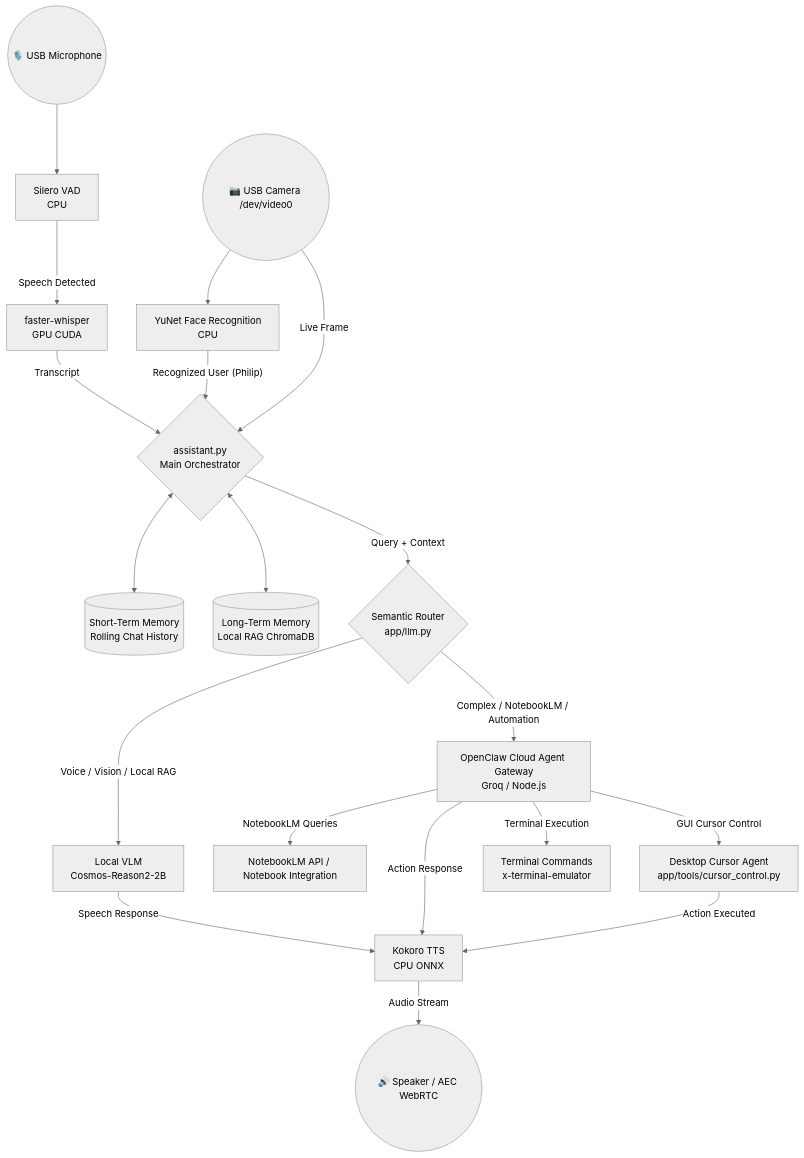
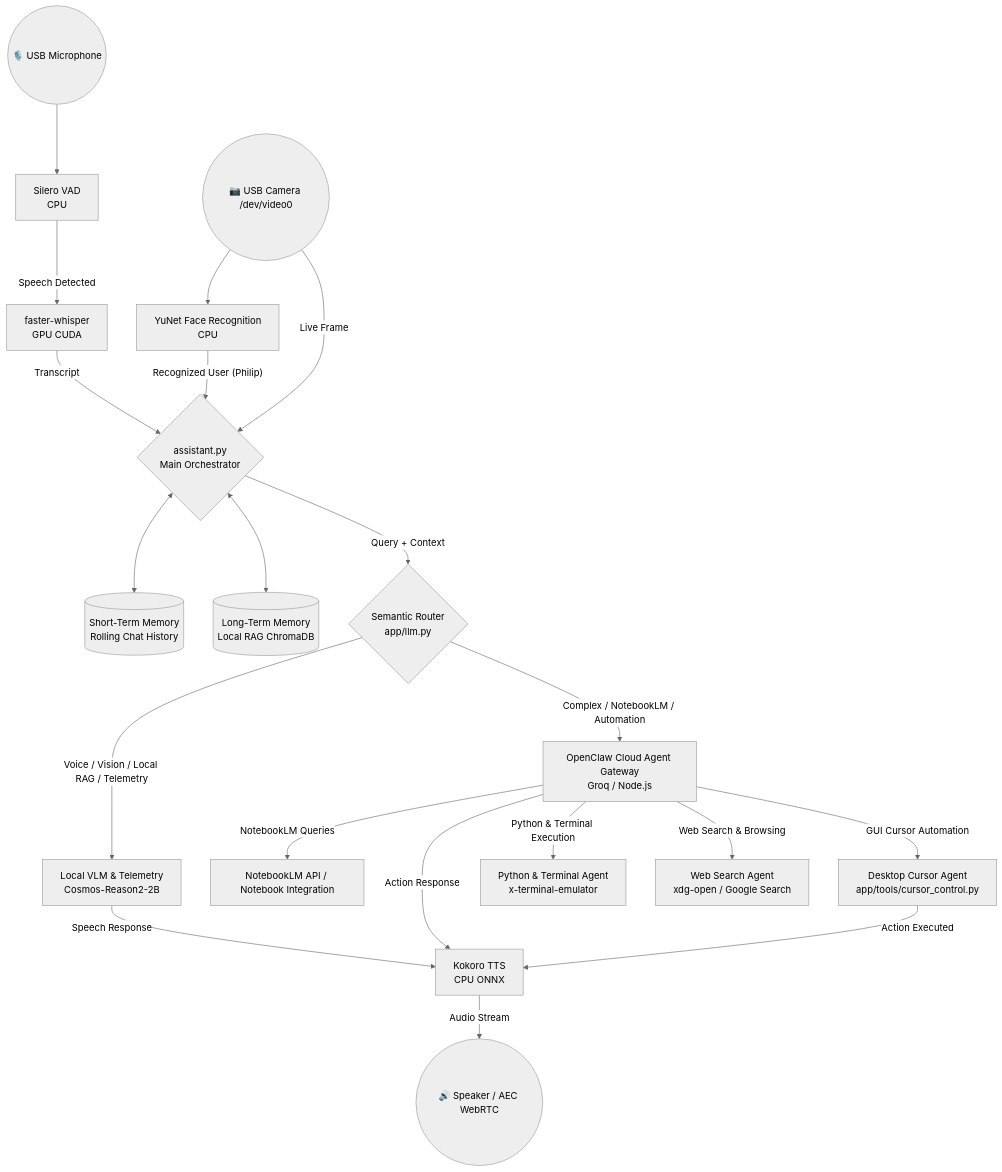
The diagram in README.md (FilippeZ/aria-ai-assistant), drawn with Mermaid (neutral theme) before and after one commit. The commit also changed other lines of this file and 2 other files, not shown here.

Commit message:
feat: add advanced local telemetry & screenshot VLM tools, expanded desktop cursor automation, web search agent, and python code runner

````diff
--- a/README.md
+++ b/README.md
@@ -25,35 +29,36 @@
 ```mermaid
 graph TD
     %% Inputs
     Mic((🎙️ USB Microphone)) --> VAD[Silero VAD\nCPU]
     Cam((📷 USB Camera /dev/video0)) --> FaceRec[YuNet Face Recognition\nCPU]
     
     %% Audio & Vision Pipeline
     VAD -- Speech Detected --> STT[faster-whisper\nGPU CUDA]
     STT -- Transcript --> App{assistant.py\nMain Orchestrator}
     FaceRec -- "Recognized User (Philip)" --> App
     Cam -- Live Frame --> App
     
     %% Short-Term & Long-Term Memory
     App <--> ShortMem[(Short-Term Memory\nRolling Chat History)]
     App <--> LongMem[(Long-Term Memory\nLocal RAG ChromaDB)]
     
     %% Semantic Router
     App -- Query + Context --> Router{Semantic Router\napp/llm.py}
     
     %% Routing Decisions
-    Router -- "Voice / Vision / Local RAG" --> LocalVLM[Local VLM\nCosmos-Reason2-2B]
+    Router -- "Voice / Vision / Local RAG / Telemetry" --> LocalVLM[Local VLM & Telemetry\nCosmos-Reason2-2B]
     Router -- "Complex / NotebookLM / Automation" --> CloudAgent[OpenClaw Cloud Agent Gateway\nGroq / Node.js]
     
     %% Cloud Agent Tools
     CloudAgent -- NotebookLM Queries --> NotebookLM[NotebookLM API / Notebook Integration]
-    CloudAgent -- GUI Cursor Control --> Cursor[Desktop Cursor Agent\napp/tools/cursor_control.py]
-    CloudAgent -- Terminal Execution --> Term[Terminal Commands\nx-terminal-emulator]
+    CloudAgent -- GUI Cursor Automation --> Cursor[Desktop Cursor Agent\napp/tools/cursor_control.py]
+    CloudAgent -- Python & Terminal Execution --> Term[Python & Terminal Agent\nx-terminal-emulator]
+    CloudAgent -- Web Search & Browsing --> Web[Web Search Agent\nxdg-open / Google Search]
     
     %% Outputs
     LocalVLM -- Speech Response --> TTS[Kokoro TTS\nCPU ONNX]
     CloudAgent -- Action Response --> TTS
     Cursor -- Action Executed --> TTS
     
     TTS -- Audio Stream --> Speaker((🔊 Speaker / AEC WebRTC))
 ```
````
